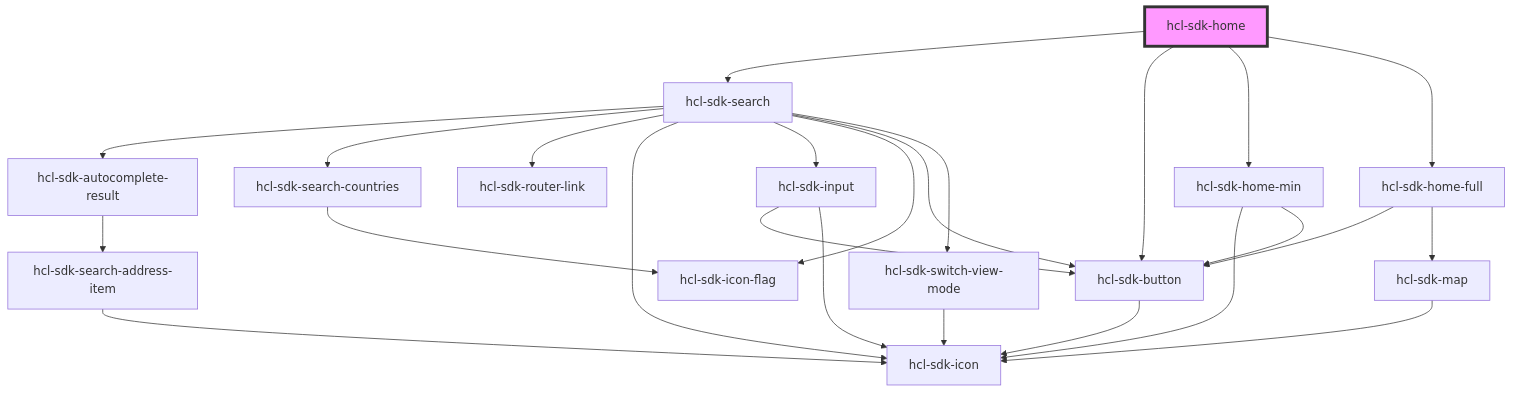
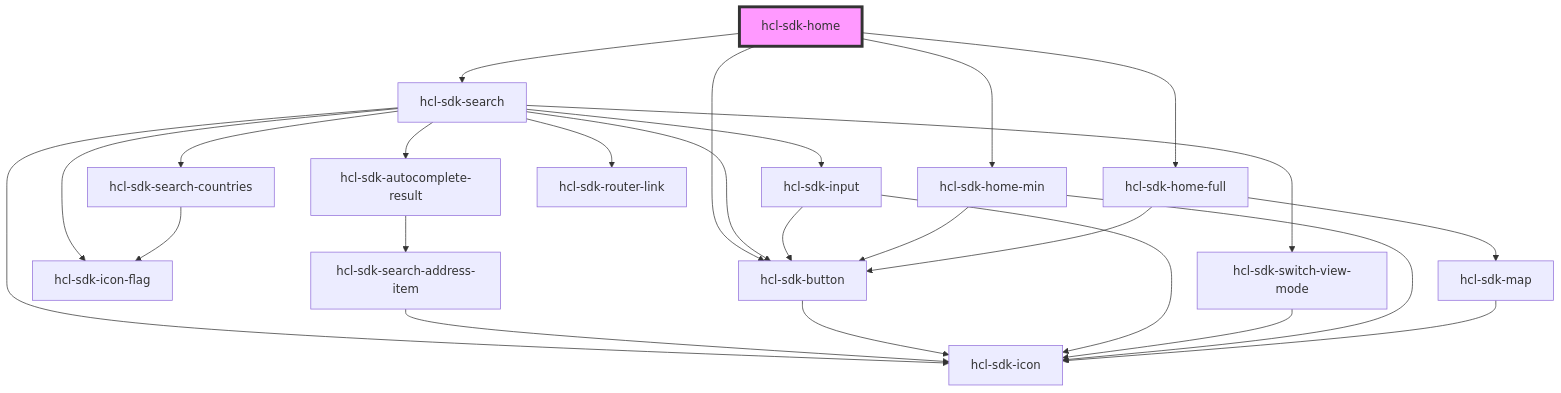
One commit to hcl-sdk/HealthCareLocatorWebSDK changed the diagram in packages/hcl-sdk-web-ui/docs/components/screens/hcl-sdk-home/readme.md. Above: the diagram before and after it, drawn with Mermaid. The commit also changed other lines of this file and 10 other files, not shown here.

````diff
--- a/packages/hcl-sdk-web-ui/docs/components/screens/hcl-sdk-home/readme.md
+++ b/packages/hcl-sdk-web-ui/docs/components/screens/hcl-sdk-home/readme.md
@@ -18,28 +18,28 @@
 ```mermaid
 graph TD;
   hcl-sdk-home --> hcl-sdk-search
   hcl-sdk-home --> hcl-sdk-button
   hcl-sdk-home --> hcl-sdk-home-min
   hcl-sdk-home --> hcl-sdk-home-full
   hcl-sdk-search --> hcl-sdk-autocomplete-result
   hcl-sdk-search --> hcl-sdk-search-countries
+  hcl-sdk-search --> hcl-sdk-button
+  hcl-sdk-search --> hcl-sdk-icon
   hcl-sdk-search --> hcl-sdk-router-link
-  hcl-sdk-search --> hcl-sdk-icon
   hcl-sdk-search --> hcl-sdk-input
   hcl-sdk-search --> hcl-sdk-icon-flag
-  hcl-sdk-search --> hcl-sdk-button
   hcl-sdk-search --> hcl-sdk-switch-view-mode
   hcl-sdk-autocomplete-result --> hcl-sdk-search-address-item
   hcl-sdk-search-address-item --> hcl-sdk-icon
   hcl-sdk-search-countries --> hcl-sdk-icon-flag
+  hcl-sdk-button --> hcl-sdk-icon
   hcl-sdk-input --> hcl-sdk-button
   hcl-sdk-input --> hcl-sdk-icon
-  hcl-sdk-button --> hcl-sdk-icon
   hcl-sdk-switch-view-mode --> hcl-sdk-icon
   hcl-sdk-home-min --> hcl-sdk-icon
   hcl-sdk-home-min --> hcl-sdk-button
   hcl-sdk-home-full --> hcl-sdk-button
   hcl-sdk-home-full --> hcl-sdk-map
   hcl-sdk-map --> hcl-sdk-icon
   style hcl-sdk-home fill:#f9f,stroke:#333,stroke-width:4px
 ```
````
